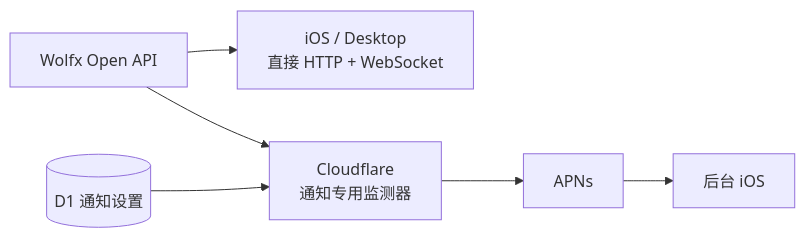
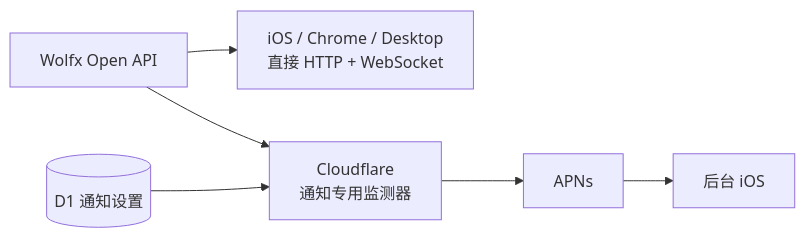
One commit to TastyHeadphones/QuakeSignal changed the diagram in README.zh-CN.md. Above: the diagram before and after it, drawn with Mermaid. The commit also changed other lines of this file and 23 other files, not shown here.

````diff
--- a/README.zh-CN.md
+++ b/README.zh-CN.md
@@ -32,7 +32,7 @@
 ```mermaid
 flowchart LR
-    wolfx["Wolfx Open API"] --> direct["iOS / Desktop\n直接 HTTP + WebSocket"]
+    wolfx["Wolfx Open API"] --> direct["iOS / Chrome / Desktop\n直接 HTTP + WebSocket"]
     wolfx --> watcher["Cloudflare\n通知专用监测器"]
     prefs[("D1 通知设置")] --> watcher
     watcher --> apns["APNs"] --> ios["后台 iOS"]
 ```
````
